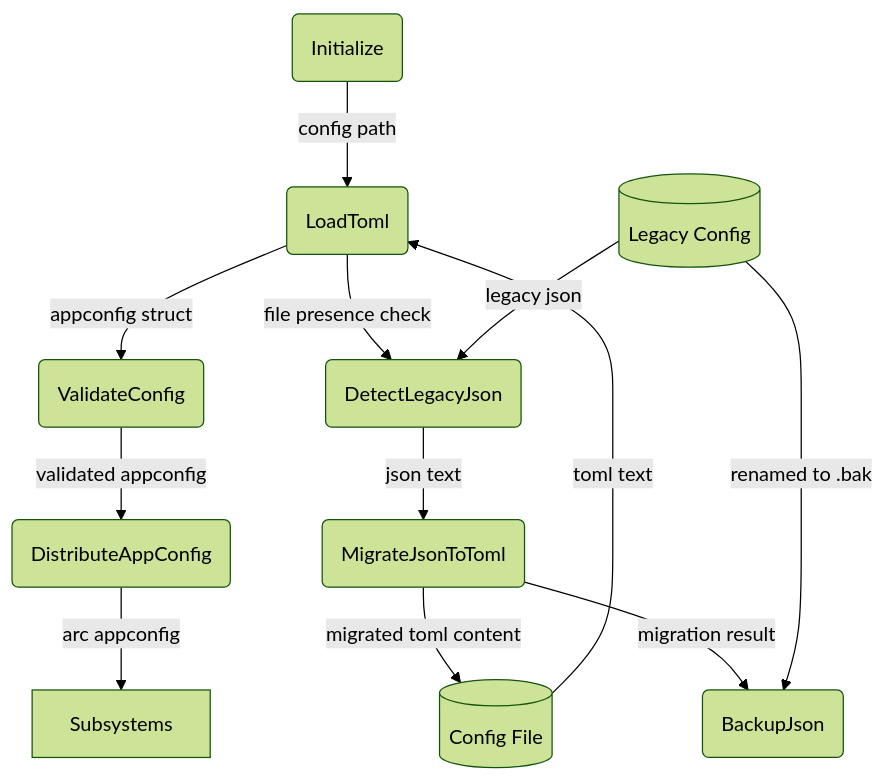
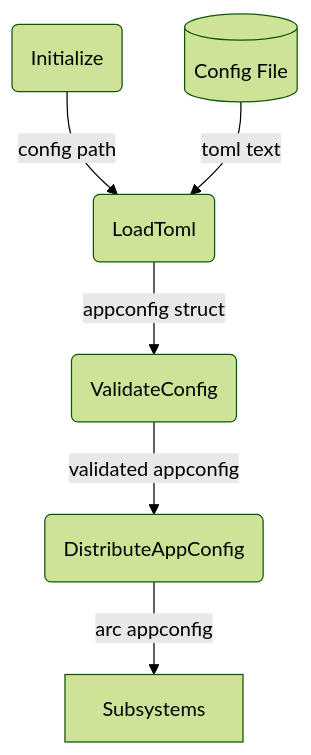
The first of 2 diagrams in _dfds/base/config.md (cosmoswafer/rockbot), drawn with Mermaid (forest theme) before and after one commit. The commit also changed other lines of this file, not shown here.

Commit message:
fix: align config DFD with actual implementation (drop JSON migration, fix structs)

````diff
--- a/_dfds/base/config.md
+++ b/_dfds/base/config.md
@@ -18,25 +20,15 @@
 ```mermaid
 flowchart TD
     INIT(Initialize)
     TOML_FILE[(Config File)]
-    JSON_LEGACY[(Legacy Config)]
     LOAD(LoadToml)
-    DETECT(DetectLegacyJson)
-    MIGRATE(MigrateJsonToToml)
-    BACKUP(BackupJson)
     VALIDATE(ValidateConfig)
     SHARE(DistributeAppConfig)
     SUBSYS[Subsystems]
 
     INIT -->|"config path"| LOAD
     TOML_FILE -->|"toml text"| LOAD
     LOAD -->|"appconfig struct"| VALIDATE
-    LOAD -->|"file presence check"| DETECT
-    JSON_LEGACY -->|"legacy json"| DETECT
-    DETECT -->|"json text"| MIGRATE
-    MIGRATE -->|"migrated toml content"| TOML_FILE
-    MIGRATE -->|"migration result"| BACKUP
-    JSON_LEGACY -->|"renamed to .bak"| BACKUP
     VALIDATE -->|"validated appconfig"| SHARE
     SHARE -->|"arc appconfig"| SUBSYS
 ```
````
